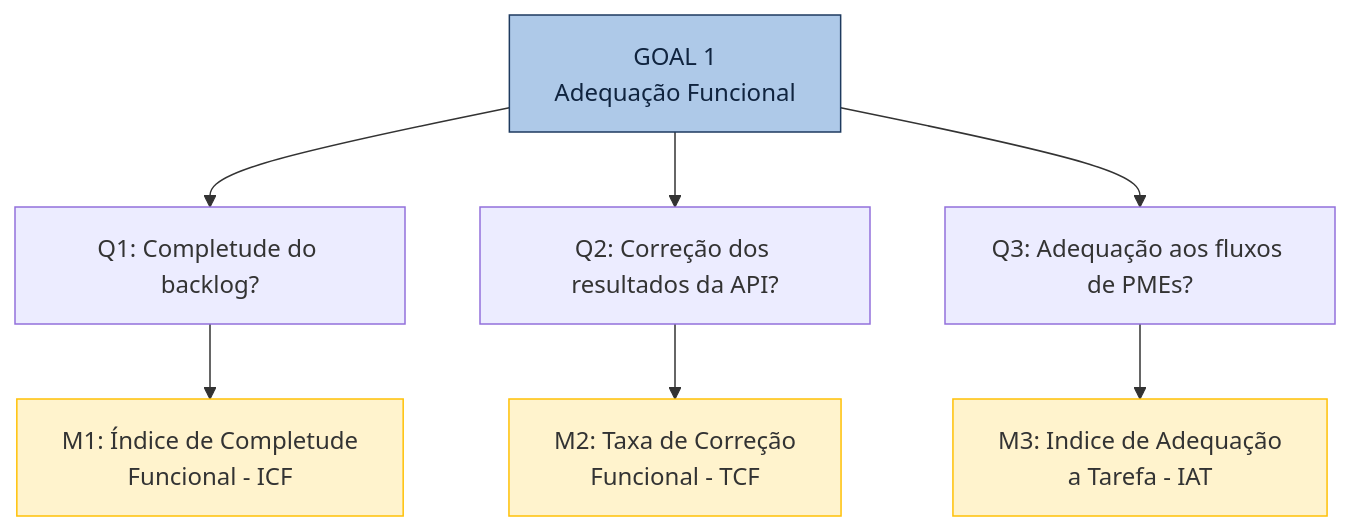
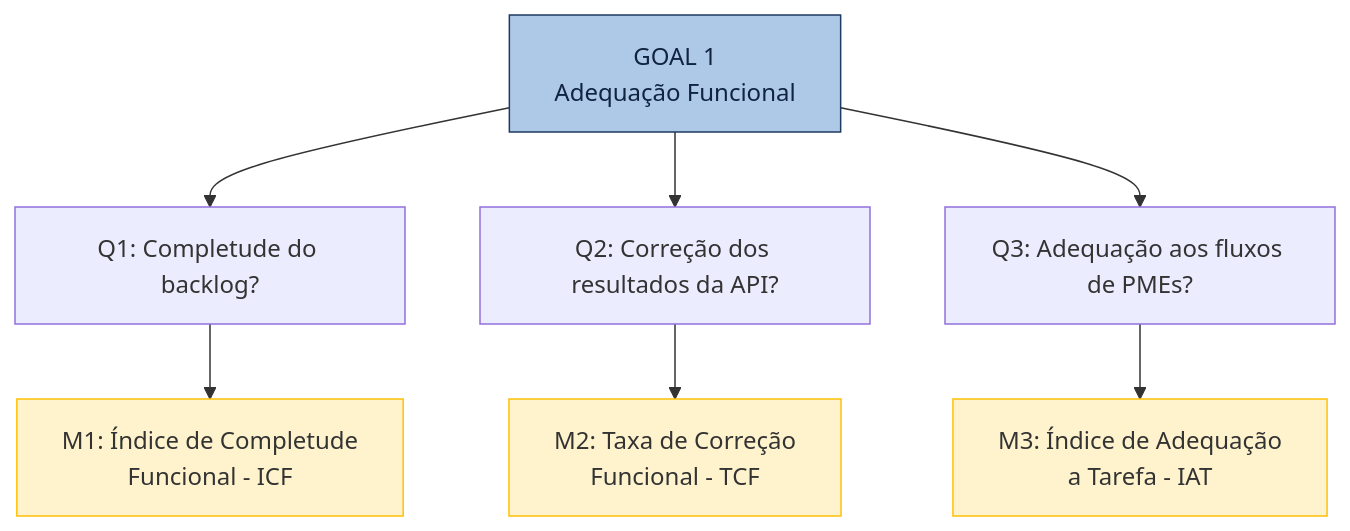
Before and after one commit to FCTE-Qualidade-de-Software-1/2026-1_T01_FRANS_BILAS: the diagram in docs/fase2/adequacao_funcional.md, drawn with Mermaid. The commit also changed 2 other files, not shown here.

Commit message:
fix: Revisao dos diagramas(conteudo)

````diff
--- a/docs/fase2/adequacao_funcional.md
+++ b/docs/fase2/adequacao_funcional.md
@@ -27,15 +27,15 @@
 ```mermaid
 graph TD
     G1["GOAL 1<br>Adequação Funcional"]
     G1 --> Q1["Q1: Completude do backlog?"]
     G1 --> Q2["Q2: Correção dos resultados da API?"]
     G1 --> Q3["Q3: Adequação aos fluxos de PMEs?"]
     Q1 --> M1["M1: Índice de Completude<br>Funcional - ICF"]
     Q2 --> M2["M2: Taxa de Correção<br>Funcional - TCF"]
-    Q3 --> M3["M3: Indice de Adequação<br>a Tarefa - IAT"]
+    Q3 --> M3["M3: Índice de Adequação<br>a Tarefa - IAT"]
 
     style G1 fill:#AEC9E8,stroke:#1E3A5F,color:#10243F
     style M1 fill:#fff3cd,stroke:#ffc107
     style M2 fill:#fff3cd,stroke:#ffc107
     style M3 fill:#fff3cd,stroke:#ffc107
 ```
````
